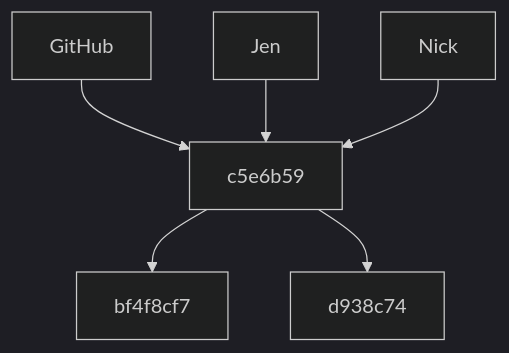
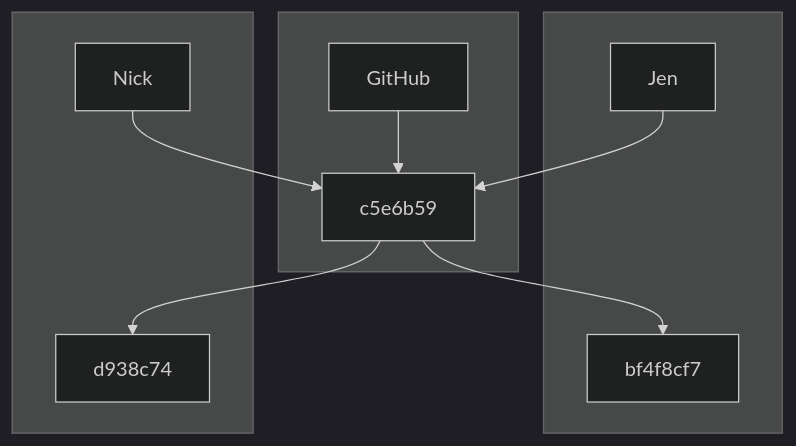
The diagram in _getting_started/06_Merge-Conflicts.md (Alliance-RDM-GDR/rdm-jumpstart), drawn with Mermaid (dark theme) before and after one commit.

Commit message:
testing mermaid

````diff
--- a/_getting_started/06_Merge-Conflicts.md
+++ b/_getting_started/06_Merge-Conflicts.md
@@ -17,13 +17,21 @@
 ```mermaid
 flowchart TD
    A[GitHub]
    B[Jen]
    C[Nick]
    D[c5e6b59]
    E[bf4f8cf7]
    F[d938c74]
 
-   A --> D
-   B --> D --> E
-   C --> D --> F 
+   subgraph X[" "]
+      A --> D
+   end
+
+   subgraph Y[" "]
+      B --> D --> E
+   end
+
+   subgraph Z[" "]
+      C --> D --> F 
+   end
 ```
````
